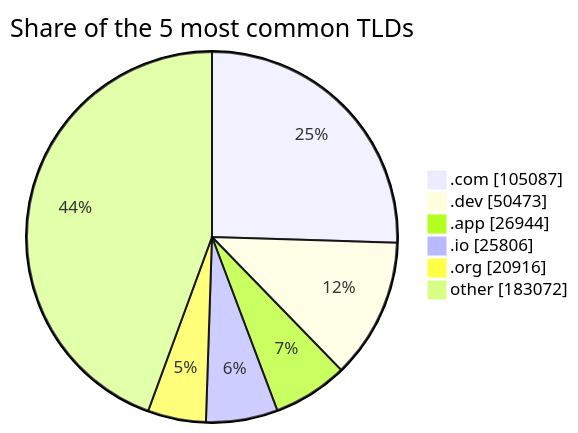
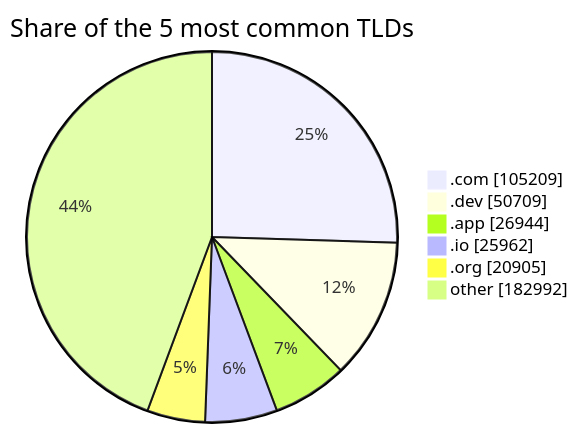
The third of 3 diagrams in README.md (DNSBunker/CTI), drawn with Mermaid before and after one commit. The commit also changed other lines of this file and 3 other files, not shown here.

````diff
--- a/README.md
+++ b/README.md
@@ -81,9 +81,9 @@
 ```mermaid
 pie showData title Share of the 5 most common TLDs
-    ".com" : 105087
-    ".dev" : 50473
+    ".com" : 105209
+    ".dev" : 50709
     ".app" : 26944
-    ".io" : 25806
-    ".org" : 20916
-    "other" : 183072
+    ".io" : 25962
+    ".org" : 20905
+    "other" : 182992
 ```
````
